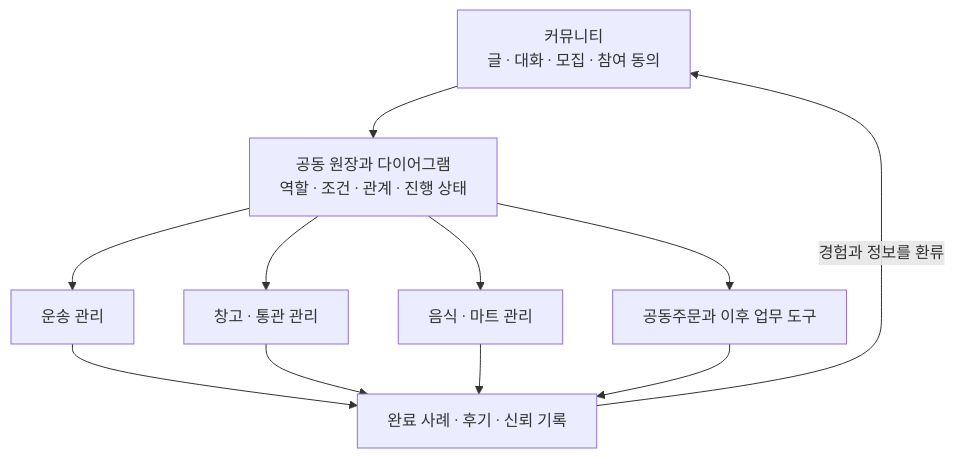
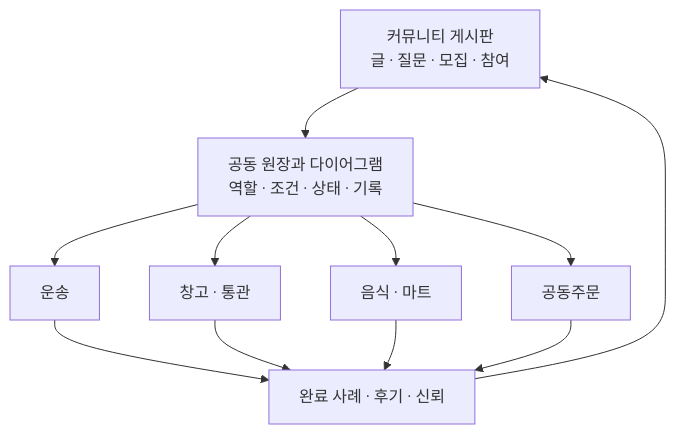
One commit to cheolwo/hongdal changed the diagram in README.md. Above: the diagram before and after it, drawn with Mermaid. The commit also changed other lines of this file and 9 other files, not shown here.

Commit message:
feat: harden community release flow

````diff
--- a/README.md
+++ b/README.md
@@ -17,21 +23,21 @@
 ```mermaid
 flowchart TB
-    A["커뮤니티<br/>글 · 대화 · 모집 · 참여 동의"]
-    B["공동 원장과 다이어그램<br/>역할 · 조건 · 관계 · 진행 상태"]
-    C["운송 관리"]
-    D["창고 · 통관 관리"]
-    E["음식 · 마트 관리"]
-    F["공동주문과 이후 업무 도구"]
-    G["완료 사례 · 후기 · 신뢰 기록"]
+    A["커뮤니티 게시판<br/>글 · 질문 · 모집 · 참여"]
+    B["공동 원장과 다이어그램<br/>역할 · 조건 · 상태 · 기록"]
+    C["운송"]
+    D["창고 · 통관"]
+    E["음식 · 마트"]
+    F["공동주문"]
+    G["완료 사례 · 후기 · 신뢰"]
 
     A --> B
     B --> C
     B --> D
     B --> E
     B --> F
     C --> G
     D --> G
     E --> G
     F --> G
-    G -->|"경험과 정보를 환류"| A
+    G --> A
 ```
````
